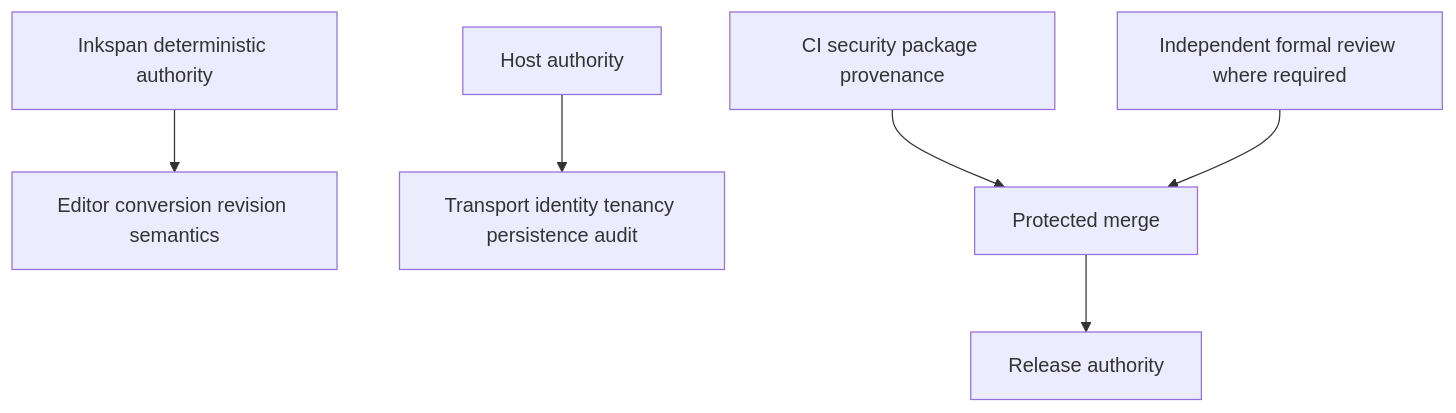
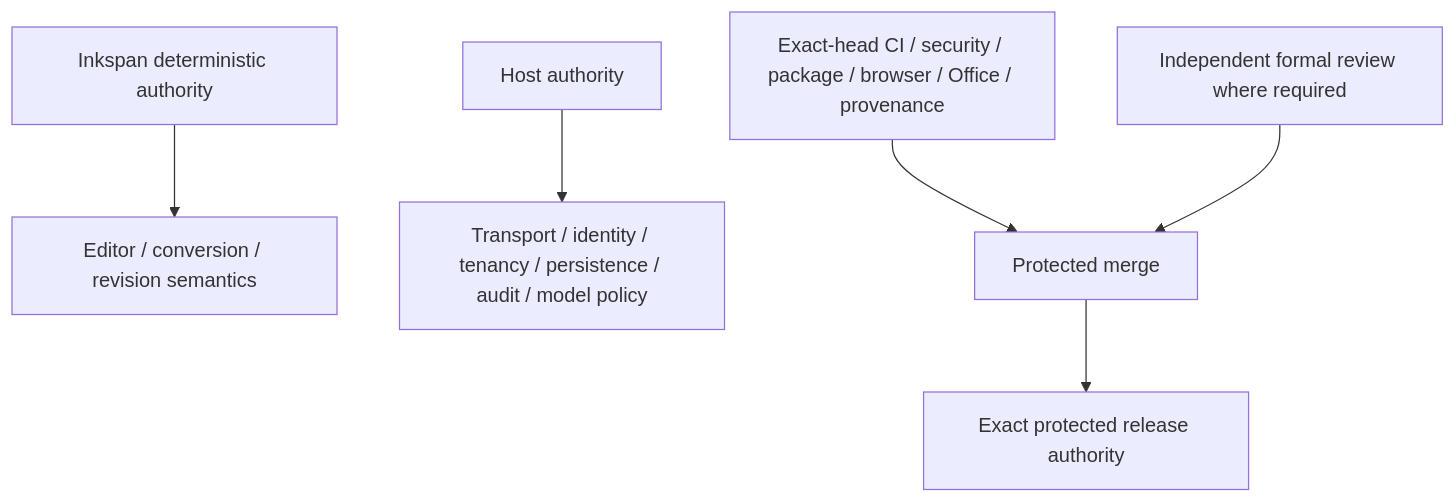
Diagram 15 of 15 in docs/UML.md (ContextualWisdomLab/inkspan), drawn with Mermaid before and after one commit. The commit also changed other lines of this file, not shown here.

Commit message:
docs(uml): complete Inkspan runtime and deployment diagrams

````diff
--- a/docs/UML.md
+++ b/docs/UML.md
@@ -105,8 +306,8 @@
 ```mermaid
 flowchart TB
-  InkspanAuthority[Inkspan deterministic authority] --> EditorSemantics[Editor conversion revision semantics]
-  HostAuthority[Host authority] --> HostServices[Transport identity tenancy persistence audit]
-  MachineEvidence[CI security package provenance] --> ProtectedMerge[Protected merge]
+  InkspanAuthority[Inkspan deterministic authority] --> EditorSemantics[Editor / conversion / revision semantics]
+  HostAuthority[Host authority] --> HostServices[Transport / identity / tenancy / persistence / audit / model policy]
+  MachineEvidence[Exact-head CI / security / package / browser / Office / provenance] --> ProtectedMerge[Protected merge]
   IndependentReview[Independent formal review where required] --> ProtectedMerge
-  ProtectedMerge --> ReleaseAuthority[Release authority]
+  ProtectedMerge --> ReleaseAuthority[Exact protected release authority]
 ```
````
